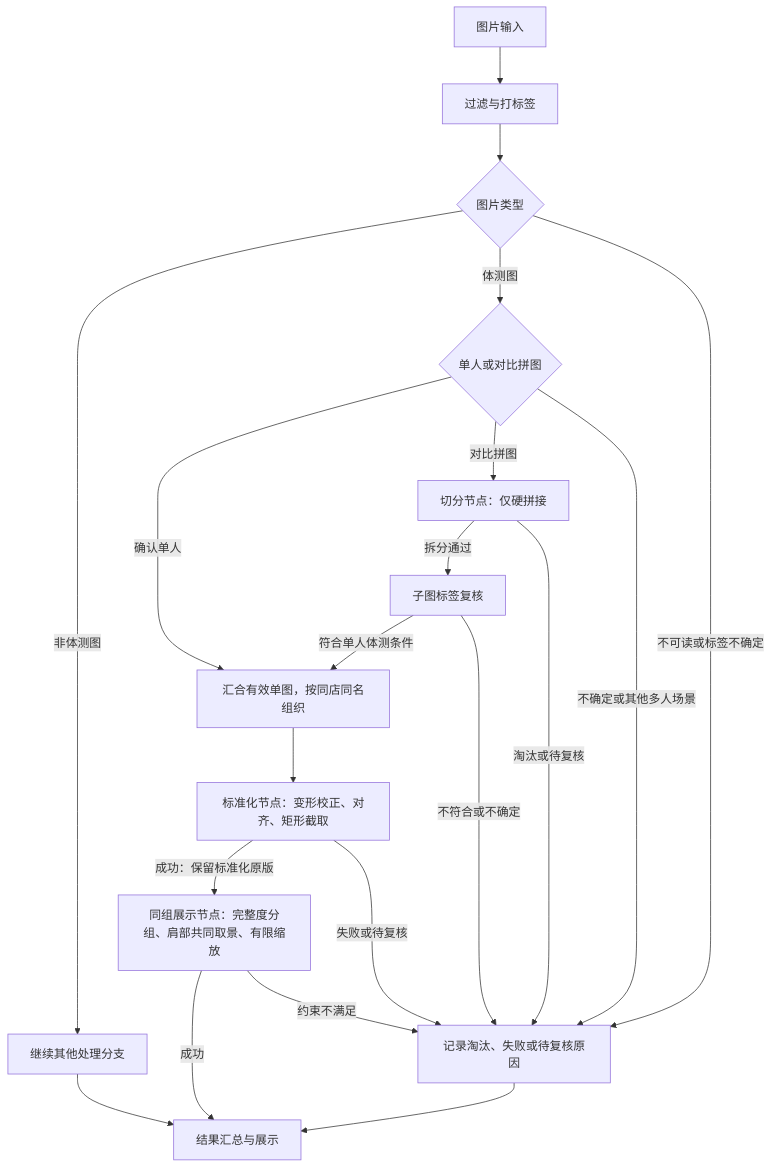
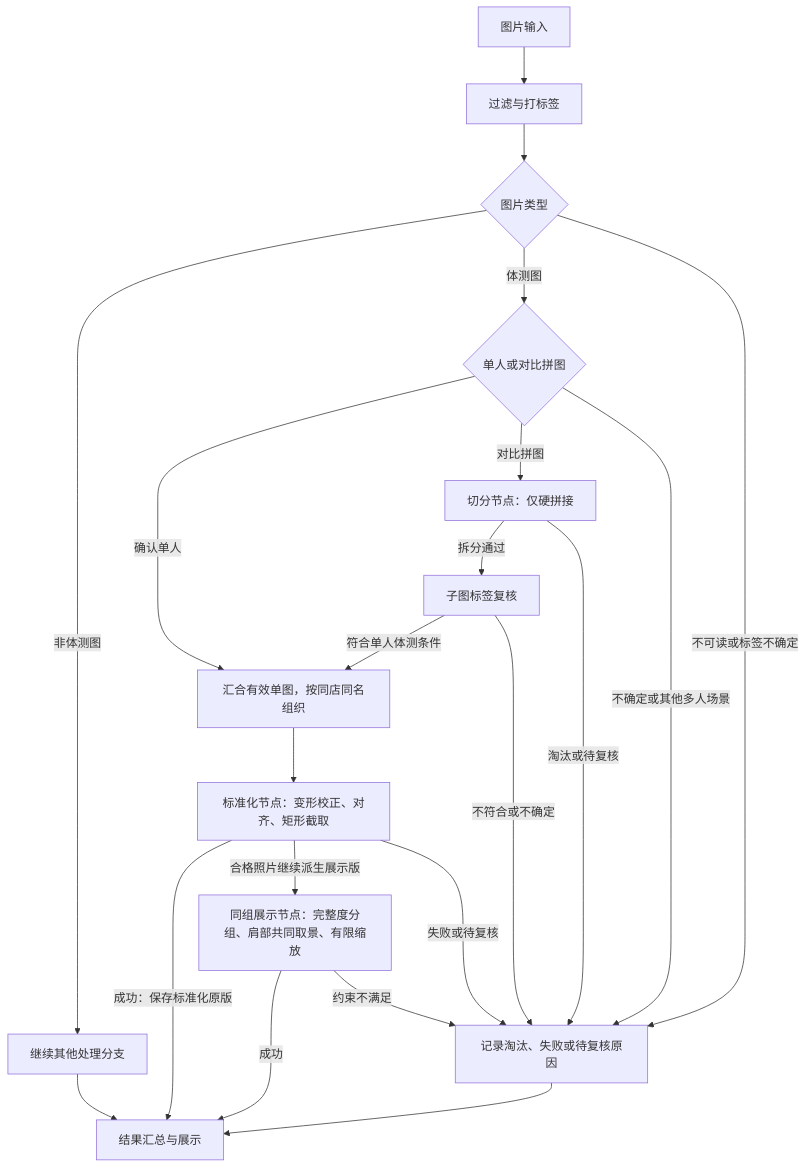
Before and after one commit to zmdo/smart-pos: the diagram in docs/workflows/body-scan-processing.md, drawn with Mermaid. The commit also changed other lines of this file and 2 other files, not shown here.

````diff
--- a/docs/workflows/body-scan-processing.md
+++ b/docs/workflows/body-scan-processing.md
@@ -19,22 +19,23 @@
 ```mermaid
 flowchart TD
     A[图片输入] --> B[过滤与打标签]
     B --> C{图片类型}
     C -->|非体测图| O[继续其他处理分支]
     C -->|体测图| D{单人或对比拼图}
     C -->|不可读或标签不确定| X[记录淘汰、失败或待复核原因]
     D -->|确认单人| M[汇合有效单图，按同店同名组织]
     D -->|对比拼图| P[切分节点：仅硬拼接]
     D -->|不确定或其他多人场景| X
     P -->|拆分通过| F[子图标签复核]
     P -->|淘汰或待复核| X
     F -->|符合单人体测条件| M
     F -->|不符合或不确定| X
     M --> S[标准化节点：变形校正、对齐、矩形截取]
-    S -->|成功：保留标准化原版| G[同组展示节点：完整度分组、肩部共同取景、有限缩放]
-    G -->|成功| R[结果汇总与展示]
+    S -->|成功：保存标准化原版| R[结果汇总与展示]
+    S -->|合格照片继续派生展示版| G[同组展示节点：完整度分组、肩部共同取景、有限缩放]
+    G -->|成功| R
     G -->|约束不满足| X
     S -->|失败或待复核| X
     O --> R
     X --> R
 ```
````
